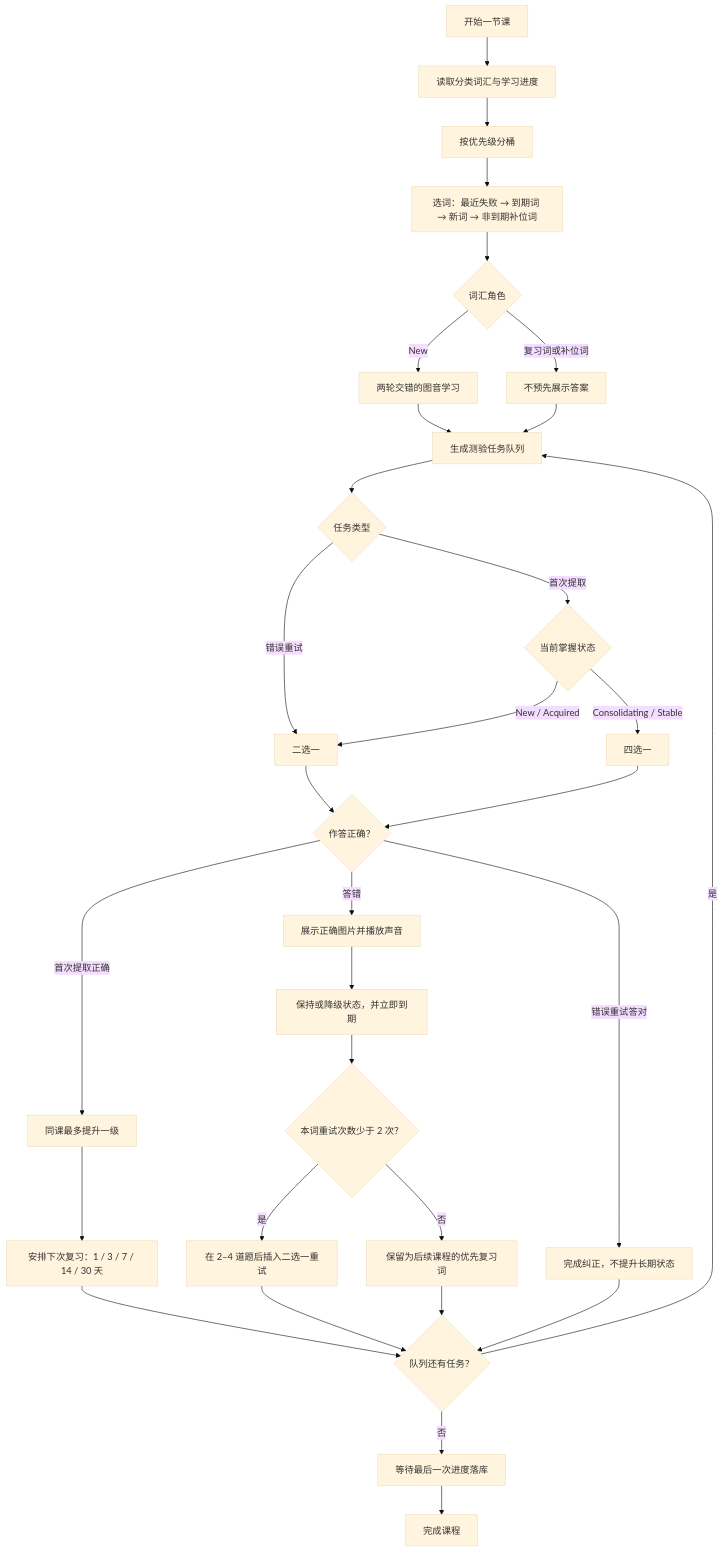
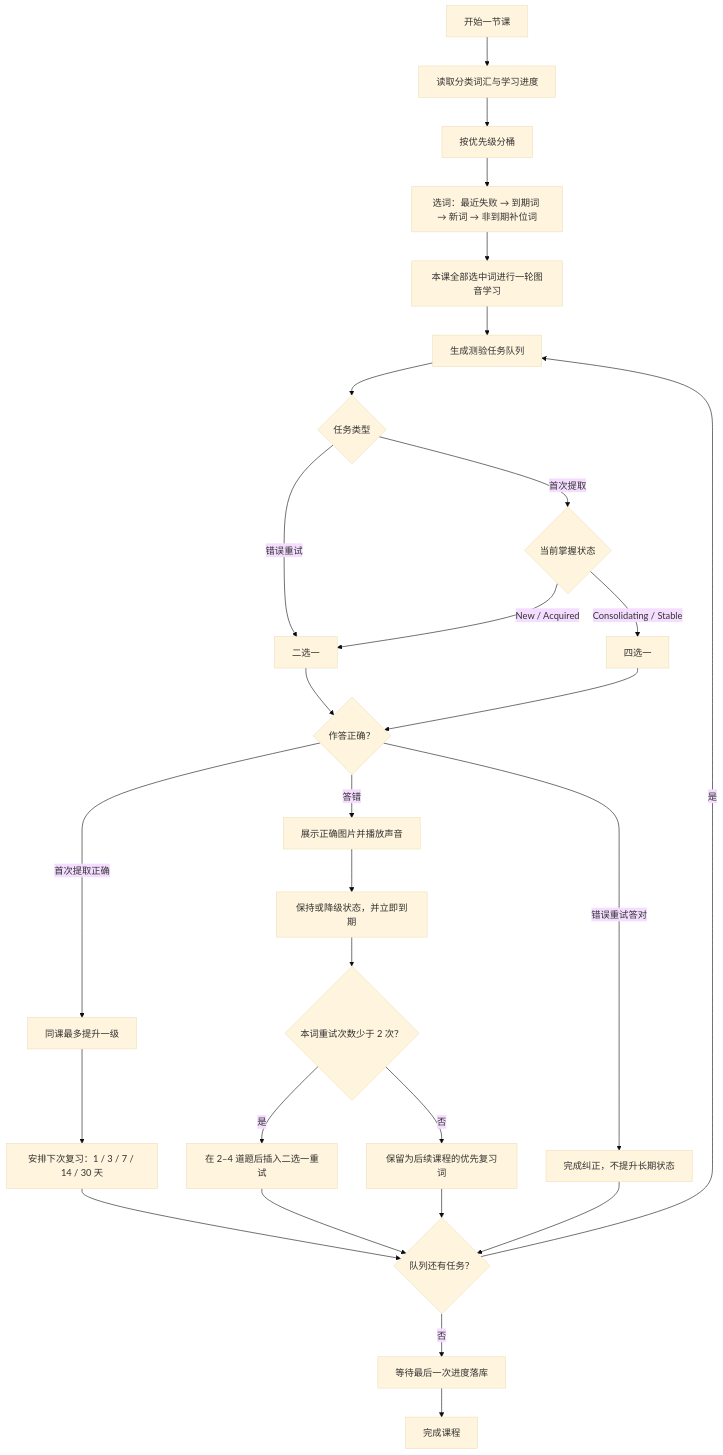
One commit to tianyk/HopEnglish changed the diagram in docs/learning_algorithm_v2.md. Above: the diagram before and after it, drawn with Mermaid (base theme). The commit also changed other lines of this file and 10 other files, not shown here.

````diff
--- a/docs/learning_algorithm_v2.md
+++ b/docs/learning_algorithm_v2.md
@@ -7,36 +7,33 @@
 ```mermaid
 flowchart TD
     A["开始一节课"] --> B["读取分类词汇与学习进度"]
     B --> C["按优先级分桶"]
     C --> D["选词：最近失败 → 到期词 → 新词 → 非到期补位词"]
-    D --> E{"词汇角色"}
-    E -->|"New"| F["两轮交错的图音学习"]
-    E -->|"复习词或补位词"| G["不预先展示答案"]
+    D --> F["本课全部选中词进行一轮图音学习"]
     F --> H["生成测验任务队列"]
-    G --> H
 
     H --> I{"任务类型"}
     I -->|"错误重试"| J["二选一"]
     I -->|"首次提取"| K{"当前掌握状态"}
     K -->|"New / Acquired"| J
     K -->|"Consolidating / Stable"| L["四选一"]
 
     J --> M{"作答正确？"}
     L --> M
     M -->|"首次提取正确"| N["同课最多提升一级"]
     N --> O["安排下次复习：1 / 3 / 7 / 14 / 30 天"]
     M -->|"答错"| P["展示正确图片并播放声音"]
     P --> Q["保持或降级状态，并立即到期"]
     Q --> R{"本词重试次数少于 2 次？"}
     R -->|"是"| S["在 2–4 道题后插入二选一重试"]
     R -->|"否"| T["保留为后续课程的优先复习词"]
     M -->|"错误重试答对"| U["完成纠正，不提升长期状态"]
 
     O --> V{"队列还有任务？"}
     S --> V
     T --> V
     U --> V
     V -->|"是"| H
     V -->|"否"| W["等待最后一次进度落库"]
     W --> X["完成课程"]
 ```
````
